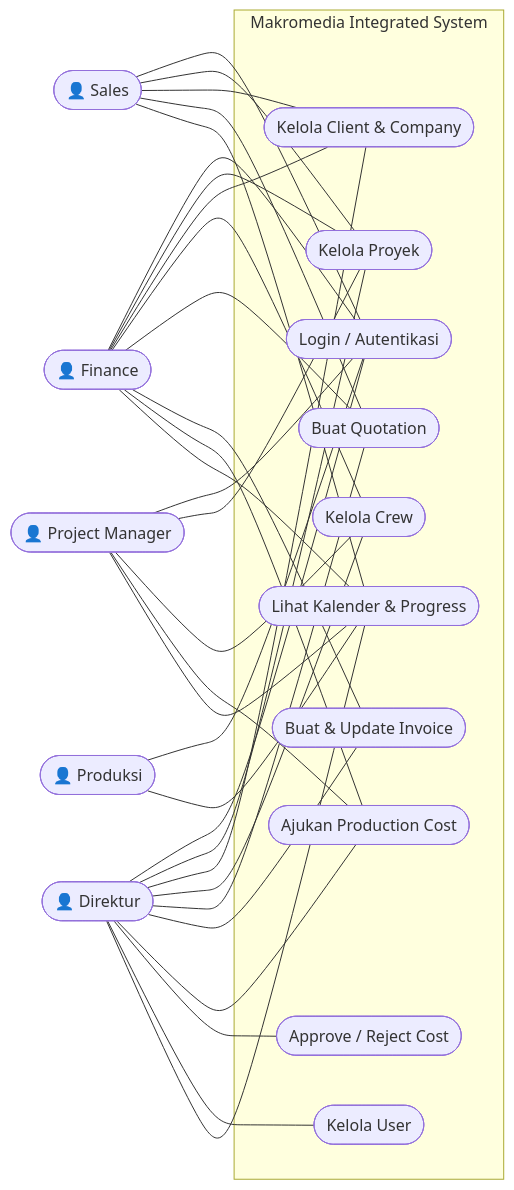
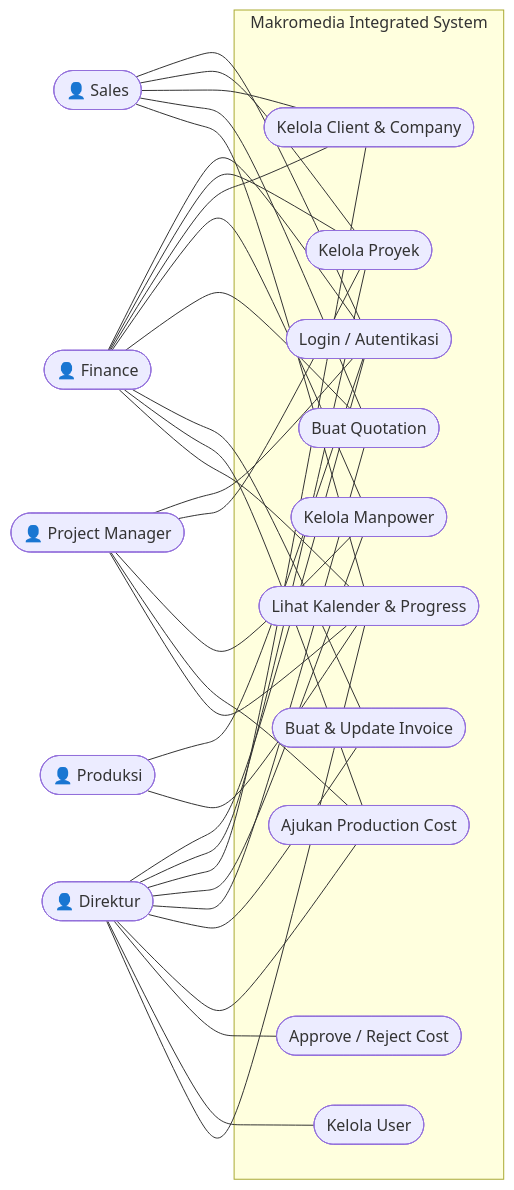
One commit to bisaqris/Backend_Makromedia-Integrated-System changed the second of 7 diagrams in README.md. Above: the diagram before and after it, drawn with Mermaid. The commit also changed other lines of this file and 10 other files, not shown here.

Commit message:
refactor: rename crew to manpower across schema, module, and endpoints

````diff
--- a/README.md
+++ b/README.md
@@ -122,27 +122,27 @@
 ```mermaid
 flowchart LR
     Sales(["👤 Sales"])
     Finance(["👤 Finance"])
     PM(["👤 Project Manager"])
     Prod(["👤 Produksi"])
     Dir(["👤 Direktur"])
 
     subgraph SYS["Makromedia Integrated System"]
         UC1(["Login / Autentikasi"])
         UC2(["Kelola Proyek"])
         UC3(["Kelola Client & Company"])
-        UC4(["Kelola Crew"])
+        UC4(["Kelola Manpower"])
         UC5(["Buat Quotation"])
         UC6(["Buat & Update Invoice"])
         UC7(["Ajukan Production Cost"])
         UC8(["Approve / Reject Cost"])
         UC9(["Kelola User"])
         UC10(["Lihat Kalender & Progress"])
     end
 
     Sales --- UC1 & UC2 & UC3 & UC5 & UC10
     Finance --- UC1 & UC2 & UC3 & UC4 & UC5 & UC6 & UC7 & UC10
     PM --- UC1 & UC2 & UC4 & UC7 & UC10
     Prod --- UC1 & UC10
     Dir --- UC1 & UC2 & UC3 & UC4 & UC5 & UC6 & UC7 & UC8 & UC9 & UC10
 ```
````
